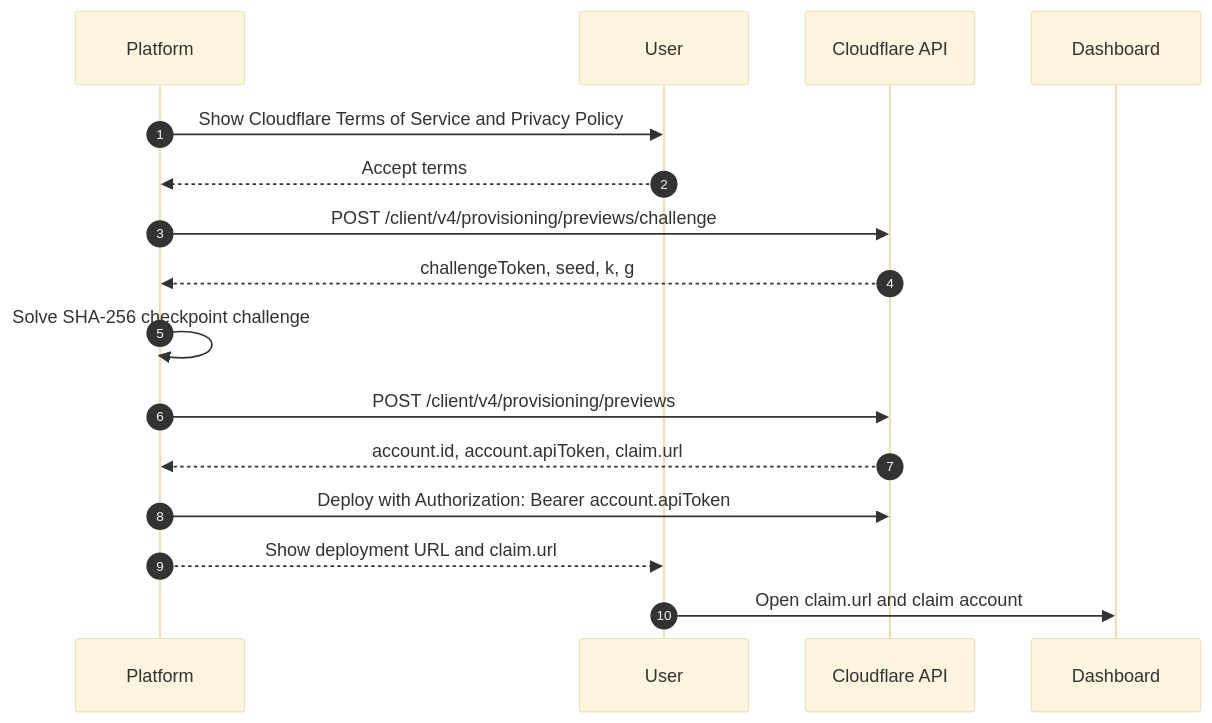
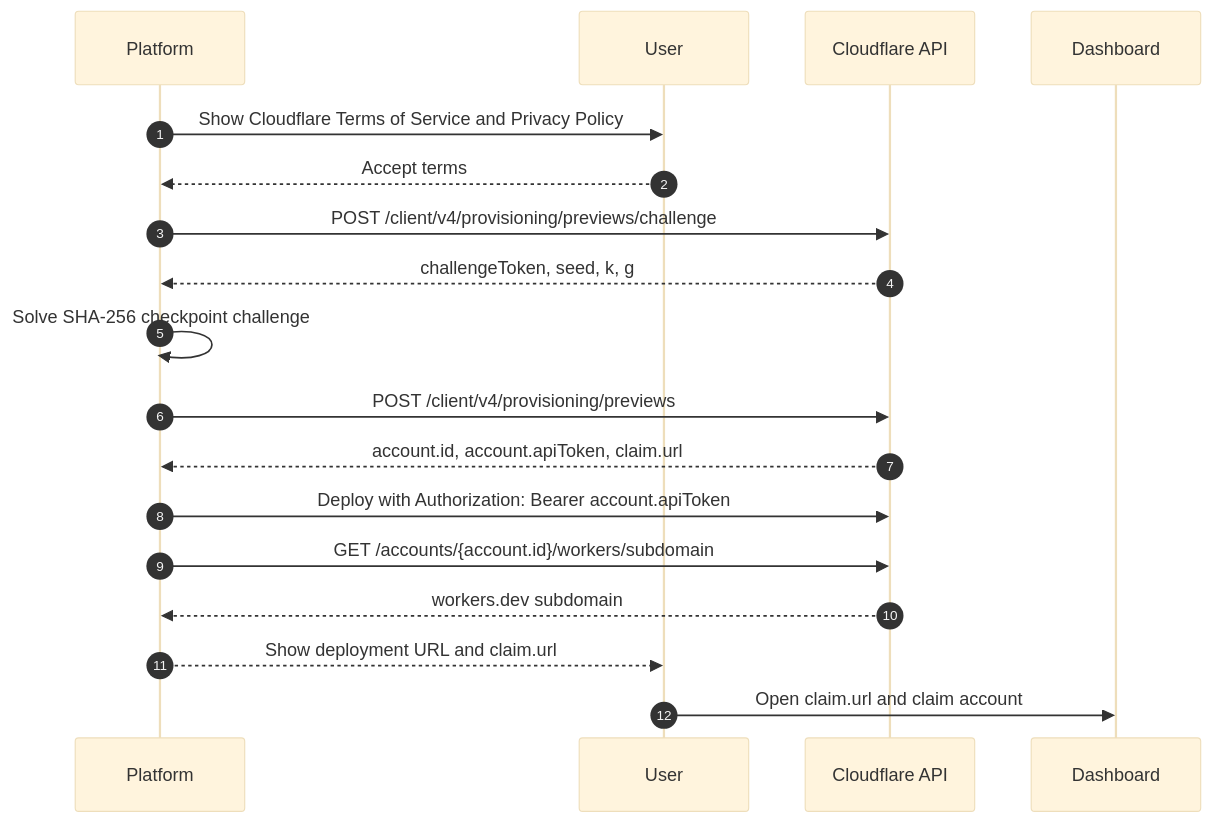
Before and after one commit to cloudflare/cloudflare-docs: the diagram in src/content/docs/workers/platform/claim-deployments.mdx, drawn with Mermaid (base theme). The commit also changed other lines of this file, not shown here.

Commit message:
[Workers] Improve temporary account platform guide

````diff
--- a/src/content/docs/workers/platform/claim-deployments.mdx
+++ b/src/content/docs/workers/platform/claim-deployments.mdx
@@ -113,18 +101,20 @@
 ```mermaid
 sequenceDiagram
     autonumber
     participant Platform
     participant User
     participant Cloudflare API
     participant Dashboard
     Platform->>User: Show Cloudflare Terms of Service and Privacy Policy
     User-->>Platform: Accept terms
     Platform->>Cloudflare API: POST /client/v4/provisioning/previews/challenge
     Cloudflare API-->>Platform: challengeToken, seed, k, g
     Platform->>Platform: Solve SHA-256 checkpoint challenge
     Platform->>Cloudflare API: POST /client/v4/provisioning/previews
     Cloudflare API-->>Platform: account.id, account.apiToken, claim.url
     Platform->>Cloudflare API: Deploy with Authorization: Bearer account.apiToken
+    Platform->>Cloudflare API: GET /accounts/{account.id}/workers/subdomain
+    Cloudflare API-->>Platform: workers.dev subdomain
     Platform-->>User: Show deployment URL and claim.url
     User->>Dashboard: Open claim.url and claim account
 ```
````
